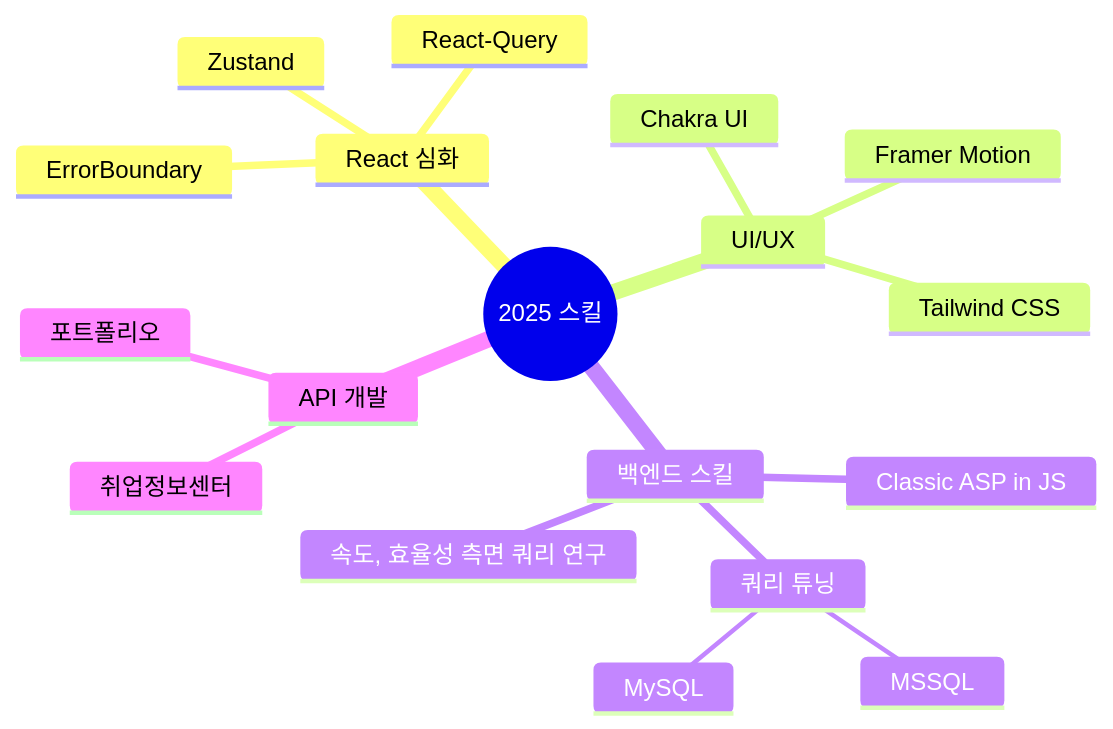
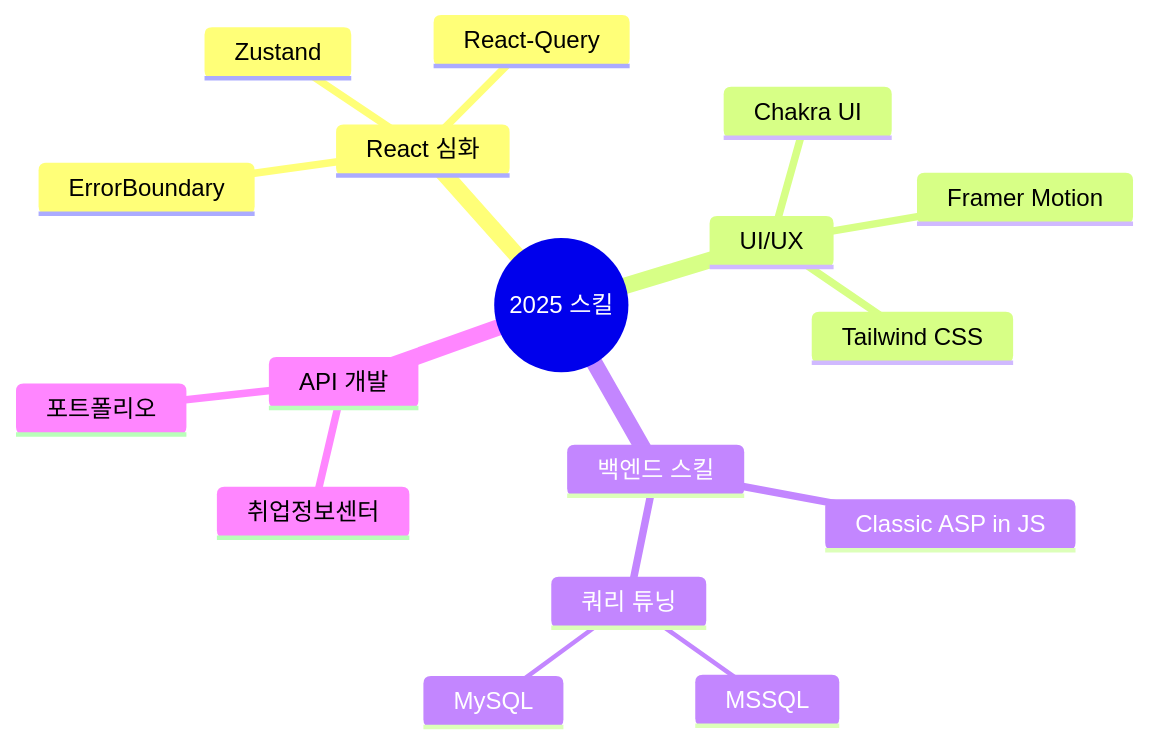
The diagram in README.md (SnowsFE/SnowsFE), drawn with Mermaid before and after one commit.

````diff
--- a/README.md
+++ b/README.md
@@ -145,21 +145,20 @@
 ```mermaid
 mindmap
   root((2025 스킬))
     React 심화
       Zustand
       React-Query
       ErrorBoundary
     UI/UX
       Chakra UI
       Framer Motion
       Tailwind CSS
     백엔드 스킬
       Classic ASP in JS
       쿼리 튜닝
         MSSQL
         MySQL
-      속도, 효율성 측면 쿼리 연구
     API 개발
       취업정보센터
       포트폴리오
 ```
````
